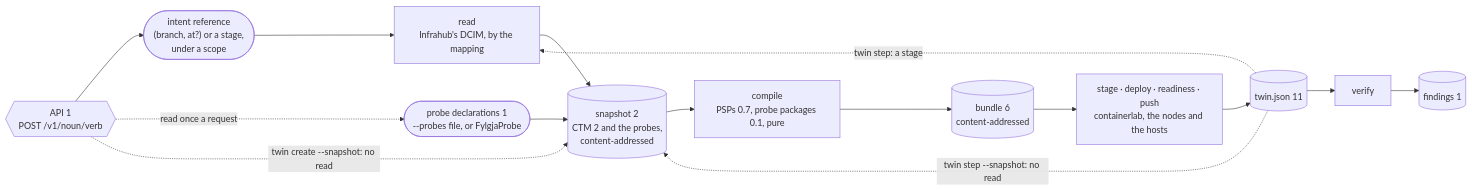
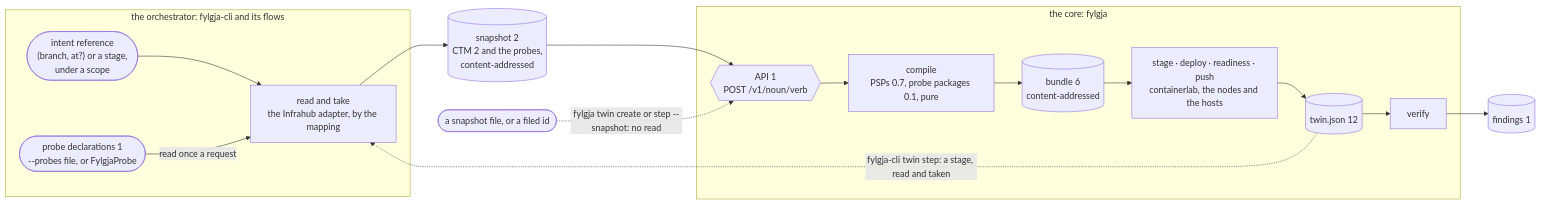
Before and after one commit to happypathnetworking/fylgja: the first of 4 diagrams in docs/architecture.md, drawn with Mermaid. The commit also changed other lines of this file and 15 other files, not shown here.

First line of the commit message:
docs(architecture): two deployables, the orchestrator's section and the C4 model redrawn (T037)

````diff
--- a/docs/architecture.md
+++ b/docs/architecture.md
@@ -108,19 +142,23 @@
 ```mermaid
 flowchart LR
-    api{{"API 1<br/>POST /v1/noun/verb"}}
-    ref(["intent reference<br/>(branch, at?) or a stage,<br/>under a scope"])
-    probes(["probe declarations 1<br/>--probes file, or FylgjaProbe"])
-    read["read<br/>Infrahub's DCIM, by the mapping"]
+    subgraph orchestrator ["the orchestrator: fylgja-cli and its flows"]
+        ref(["intent reference<br/>(branch, at?) or a stage,<br/>under a scope"])
+        probes(["probe declarations 1<br/>--probes file, or FylgjaProbe"])
+        read["read and take<br/>the Infrahub adapter, by the mapping"]
+    end
     snap[("snapshot 2<br/>CTM 2 and the probes,<br/>content-addressed")]
-    compile["compile<br/>PSPs 0.7, probe packages 0.1, pure"]
-    bundle[("bundle 6<br/>content-addressed")]
-    provision["stage · deploy · readiness · push<br/>containerlab, the nodes and the hosts"]
-    twin[("twin.json 11")]
-    verify["verify"]
+    given(["a snapshot file, or a filed id"])
+    subgraph core ["the core: fylgja"]
+        api{{"API 1<br/>POST /v1/noun/verb"}}
+        compile["compile<br/>PSPs 0.7, probe packages 0.1, pure"]
+        bundle[("bundle 6<br/>content-addressed")]
+        provision["stage · deploy · readiness · push<br/>containerlab, the nodes and the hosts"]
+        twin[("twin.json 12")]
+        verify["verify"]
+    end
     doc[("findings 1")]
-    api --> ref --> read --> snap --> compile --> bundle --> provision --> twin --> verify --> doc
-    api -. "read once a request" .-> probes --> snap
-    api -. "twin create --snapshot: no read" .-> snap
-    twin -. "twin step: a stage" .-> read
-    twin -. "twin step --snapshot: no read" .-> snap
+    ref --> read --> snap --> api --> compile --> bundle --> provision --> twin --> verify --> doc
+    probes -- "read once a request" --> read
+    given -. "fylgja twin create or step --snapshot: no read" .-> api
+    twin -. "fylgja-cli twin step: a stage, read and taken" .-> read
 ```
````
